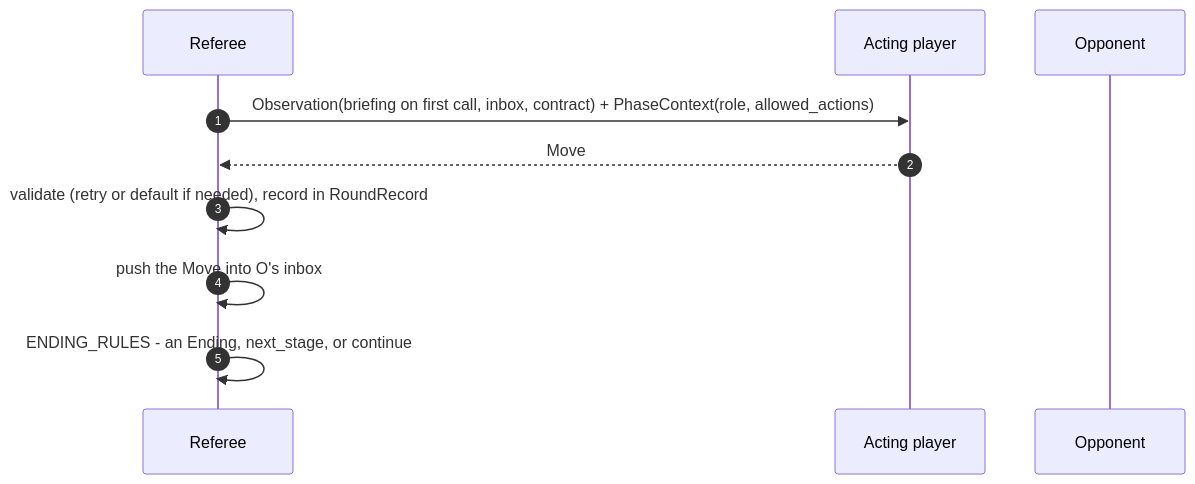
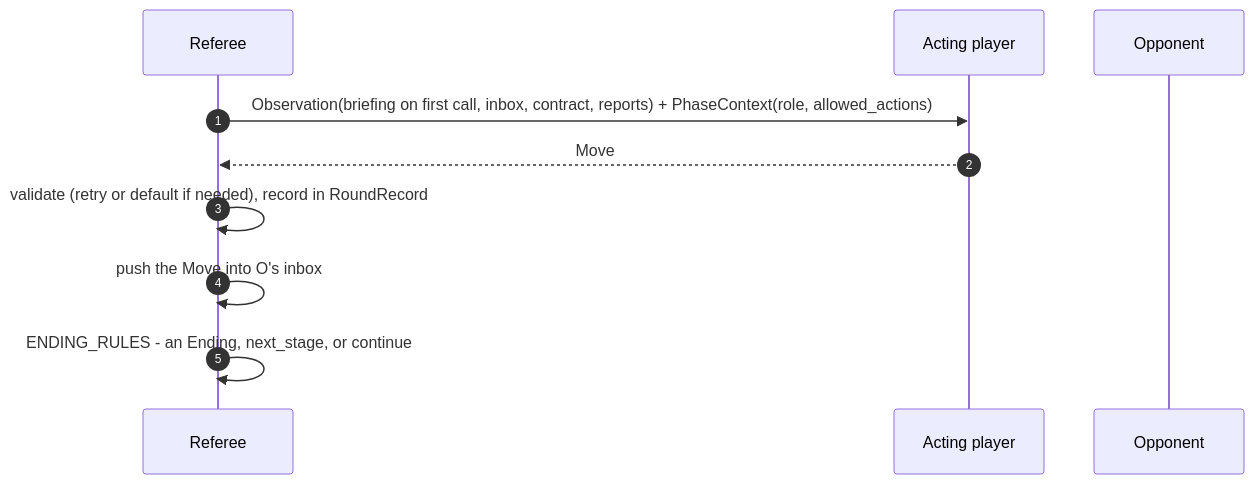
The seventh of 14 diagrams in docs/architecture.md (CarlosGIbanez/SPAR-Harness-Strategic-Interaction-Agents), drawn with Mermaid before and after one commit. The commit also changed other lines of this file and 3 other files, not shown here.

````diff
--- a/docs/architecture.md
+++ b/docs/architecture.md
@@ -307,12 +311,12 @@
 ```mermaid
 sequenceDiagram
     autonumber
     participant R as Referee
     participant P as Acting player
     participant O as Opponent
-    R->>P: Observation(briefing on first call, inbox, contract) + PhaseContext(role, allowed_actions)
+    R->>P: Observation(briefing on first call, inbox, contract, reports) + PhaseContext(role, allowed_actions)
     P-->>R: Move
     R->>R: validate (retry or default if needed), record in RoundRecord
     R->>R: push the Move into O's inbox
     R->>R: ENDING_RULES - an Ending, next_stage, or continue
 ```
````
